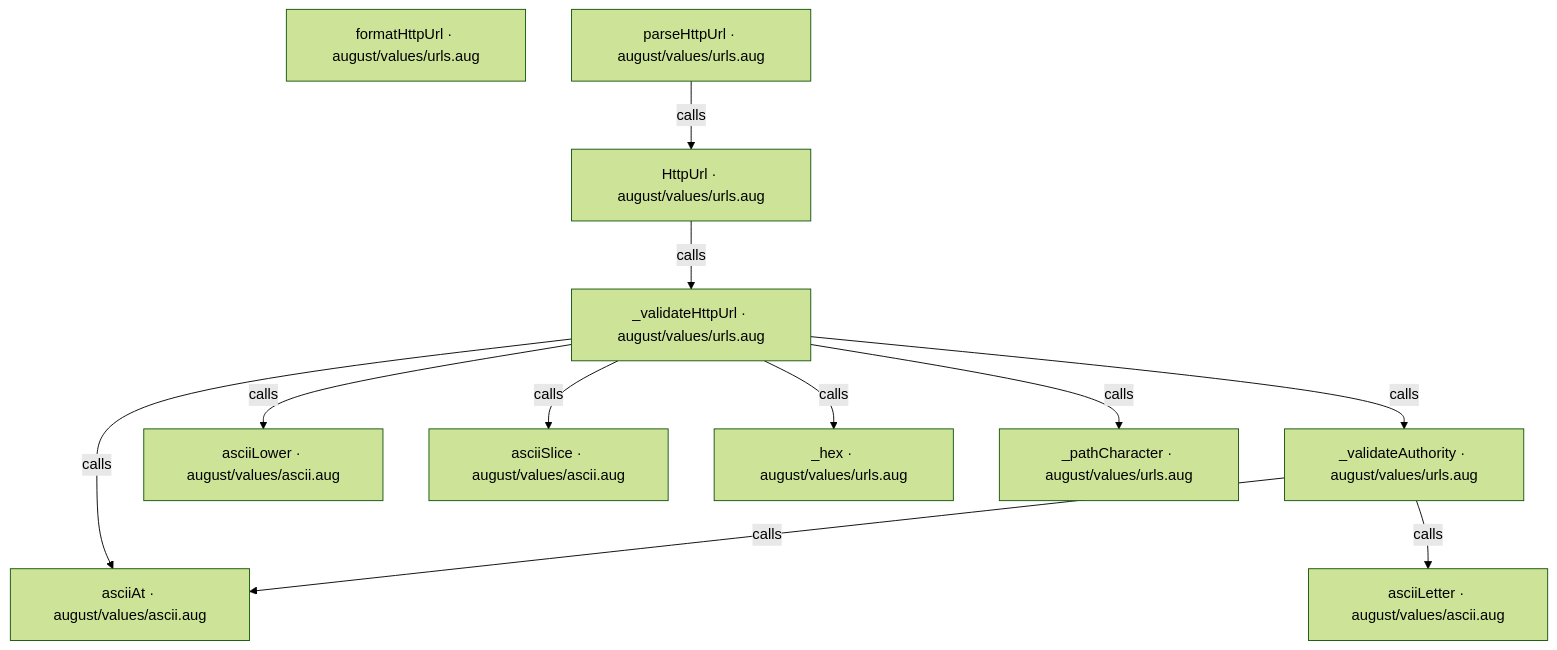
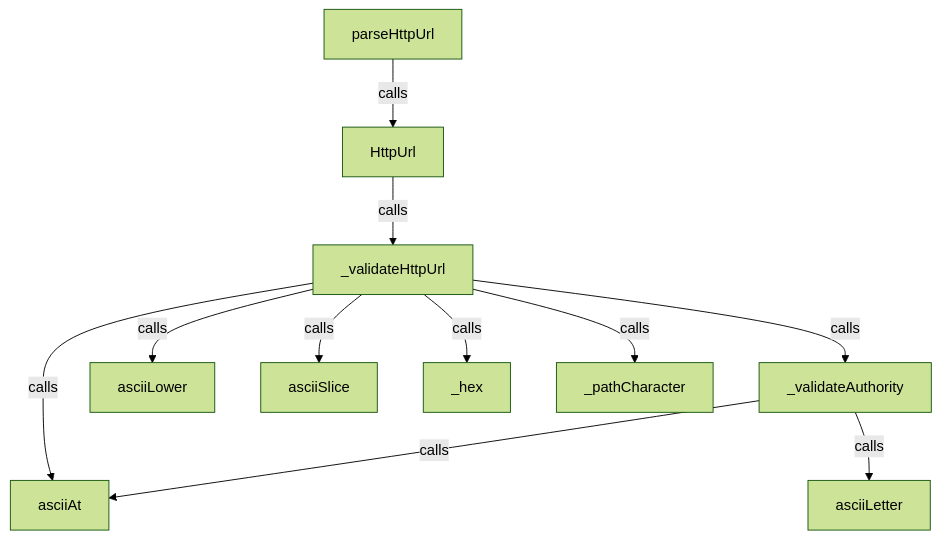
Before and after one commit to GreenPandaStudios/augscript: the second of 10 diagrams in src/stdlib/values/urls.aug.diagrams.md, drawn with Mermaid (forest theme). The commit also changed other lines of this file and 524 other files, not shown here.

Commit message:
Explain checked data flow at folder and service levels

````diff
--- a/src/stdlib/values/urls.aug.diagrams.md
+++ b/src/stdlib/values/urls.aug.diagrams.md
@@ -35,24 +34,23 @@
 ```mermaid
 flowchart TD
-    n0["asciiAt · august/values/ascii.aug"]
-    n1["asciiLetter · august/values/ascii.aug"]
-    n2["asciiLower · august/values/ascii.aug"]
-    n3["asciiSlice · august/values/ascii.aug"]
-    n4["HttpUrl · august/values/urls.aug"]
-    n5["_hex · august/values/urls.aug"]
-    n6["_pathCharacter · august/values/urls.aug"]
-    n7["_validateAuthority · august/values/urls.aug"]
-    n8["_validateHttpUrl · august/values/urls.aug"]
-    n9["formatHttpUrl · august/values/urls.aug"]
-    n10["parseHttpUrl · august/values/urls.aug"]
+    n0["asciiAt"]
+    n1["asciiLetter"]
+    n2["asciiLower"]
+    n3["asciiSlice"]
+    n4["HttpUrl"]
+    n5["_hex"]
+    n6["_pathCharacter"]
+    n7["_validateAuthority"]
+    n8["_validateHttpUrl"]
+    n9["parseHttpUrl"]
     n4 -->|"calls"| n8
     n7 -->|"calls"| n0
     n7 -->|"calls"| n1
     n8 -->|"calls"| n0
     n8 -->|"calls"| n2
     n8 -->|"calls"| n3
     n8 -->|"calls"| n5
     n8 -->|"calls"| n6
     n8 -->|"calls"| n7
-    n10 -->|"calls"| n4
+    n9 -->|"calls"| n4
 ```
````
